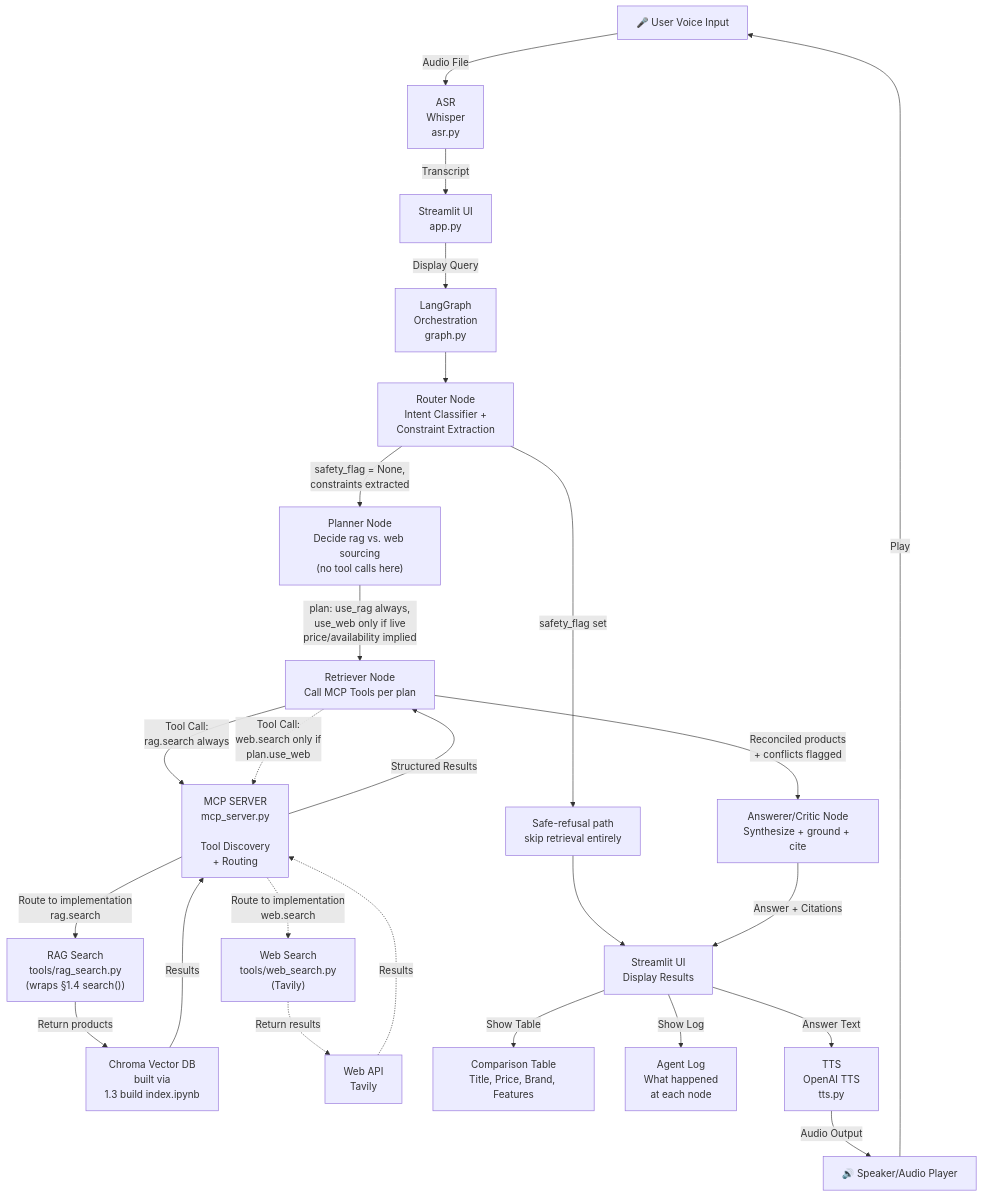
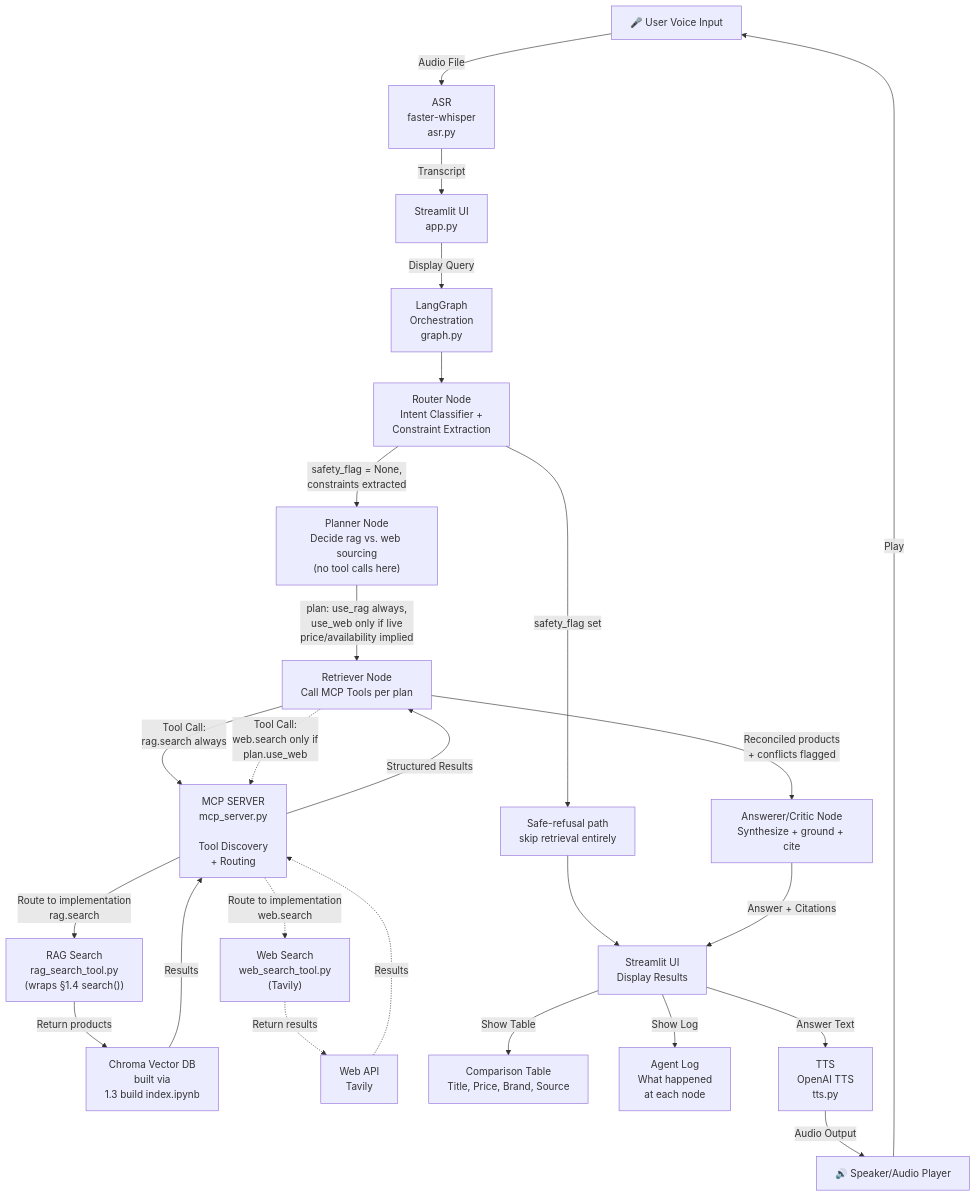
Before and after one commit to pareeyaporn/Agentic-Voice-to-Voice-AI: the diagram in README.md, drawn with Mermaid. The commit also changed other lines of this file and 20 other files, not shown here.

Commit message:
Update README.md to reflect changes in ASR tool and clarify data schema details

````diff
--- a/README.md
+++ b/README.md
@@ -19,43 +19,43 @@
 ```mermaid
 graph TD
-    A["🎤 User Voice Input"] -->|Audio File| B["ASR<br/>Whisper<br/>asr.py"]
+    A["🎤 User Voice Input"] -->|Audio File| B["ASR<br/>faster-whisper<br/>asr.py"]
 
     B -->|Transcript| C["Streamlit UI<br/>app.py"]
 
     C -->|Display Query| D["LangGraph<br/>Orchestration<br/>graph.py"]
 
     D --> E["Router Node<br/>Intent Classifier +<br/>Constraint Extraction"]
 
     E -->|safety_flag set| S["Safe-refusal path<br/>skip retrieval entirely"]
     E -->|safety_flag = None,<br/>constraints extracted| F["Planner Node<br/>Decide rag vs. web sourcing<br/>(no tool calls here)"]
 
     F -->|plan: use_rag always,<br/>use_web only if live<br/>price/availability implied| R["Retriever Node<br/>Call MCP Tools per plan"]
 
     R -->|Tool Call:<br/>rag.search always| G["MCP SERVER<br/>mcp_server.py<br/><br/>Tool Discovery<br/>+ Routing"]
 
     R -.->|Tool Call:<br/>web.search only if<br/>plan.use_web| G
 
-    G -->|Route to implementation<br/>rag.search| H["RAG Search<br/>tools/rag_search.py<br/>(wraps §1.4 search())"]
-    G -.->|Route to implementation<br/>web.search| I["Web Search<br/>tools/web_search.py<br/>(Tavily)"]
+    G -->|Route to implementation<br/>rag.search| H["RAG Search<br/>rag_search_tool.py<br/>(wraps §1.4 search())"]
+    G -.->|Route to implementation<br/>web.search| I["Web Search<br/>web_search_tool.py<br/>(Tavily)"]
 
     H -->|Return products| J["Chroma Vector DB<br/>built via<br/>1.3 build index.ipynb"]
     I -.->|Return results| K["Web API<br/>Tavily"]
 
     J -->|Results| G
     K -.->|Results| G
 
     G -->|Structured Results| R
 
     R -->|Reconciled products<br/>+ conflicts flagged| L["Answerer/Critic Node<br/>Synthesize + ground + cite"]
 
     S --> M["Streamlit UI<br/>Display Results"]
     L -->|Answer + Citations| M
 
-    M -->|Show Table| N["Comparison Table<br/>Title, Price, Brand, Features"]
+    M -->|Show Table| N["Comparison Table<br/>Title, Price, Brand, Source"]
     M -->|Show Log| O["Agent Log<br/>What happened<br/>at each node"]
 
     M -->|Answer Text| P["TTS<br/>OpenAI TTS<br/>tts.py"]
     P -->|Audio Output| Q["🔊 Speaker/Audio Player"]
 
     Q -->|Play| A
 ```
````
